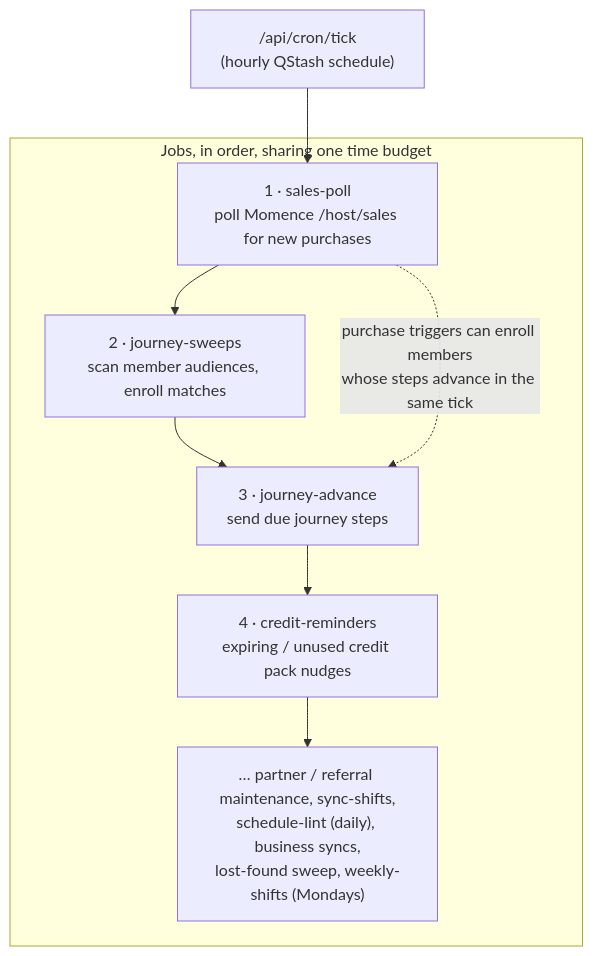
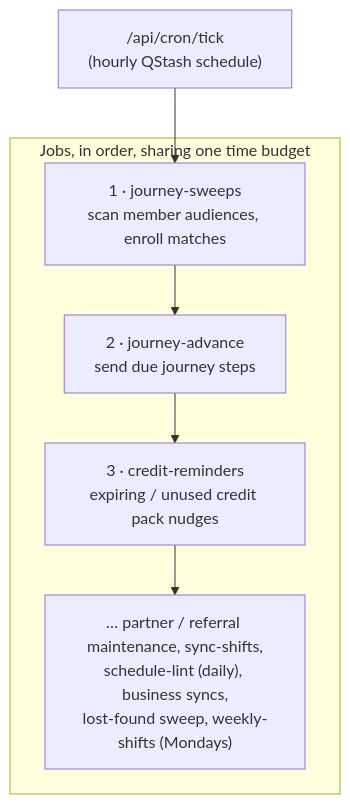
One commit to weslexcore/pyre changed the second of 5 diagrams in apps/integrations/README.md. Above: the diagram before and after it, drawn with Mermaid. The commit also changed other lines of this file and 27 other files, not shown here.

First line of the commit message:
feat(campaigns): count credit pack and membership purchases as conversions

````diff
--- a/apps/integrations/README.md
+++ b/apps/integrations/README.md
@@ -191,13 +191,11 @@
 ```mermaid
 flowchart TD
     TICK["/api/cron/tick<br/>(hourly QStash schedule)"] --> J1
     subgraph jobs["Jobs, in order, sharing one time budget"]
-        J1["1 · sales-poll<br/>poll Momence /host/sales for new purchases"]
-        J2["2 · journey-sweeps<br/>scan member audiences, enroll matches"]
-        J3["3 · journey-advance<br/>send due journey steps"]
-        J4["4 · credit-reminders<br/>expiring / unused credit pack nudges"]
-        J5["… partner / referral maintenance, sync-shifts,<br/>schedule-lint (daily), business syncs,<br/>lost-found sweep, weekly-shifts (Mondays)"]
-        J1 --> J2 --> J3 --> J4 --> J5
+        J1["1 · journey-sweeps<br/>scan member audiences, enroll matches"]
+        J2["2 · journey-advance<br/>send due journey steps"]
+        J3["3 · credit-reminders<br/>expiring / unused credit pack nudges"]
+        J4["… partner / referral maintenance, sync-shifts,<br/>schedule-lint (daily), business syncs,<br/>lost-found sweep, weekly-shifts (Mondays)"]
+        J1 --> J2 --> J3 --> J4
     end
-    J1 -. "purchase triggers can enroll members<br/>whose steps advance in the same tick" .-> J3
 ```
````
